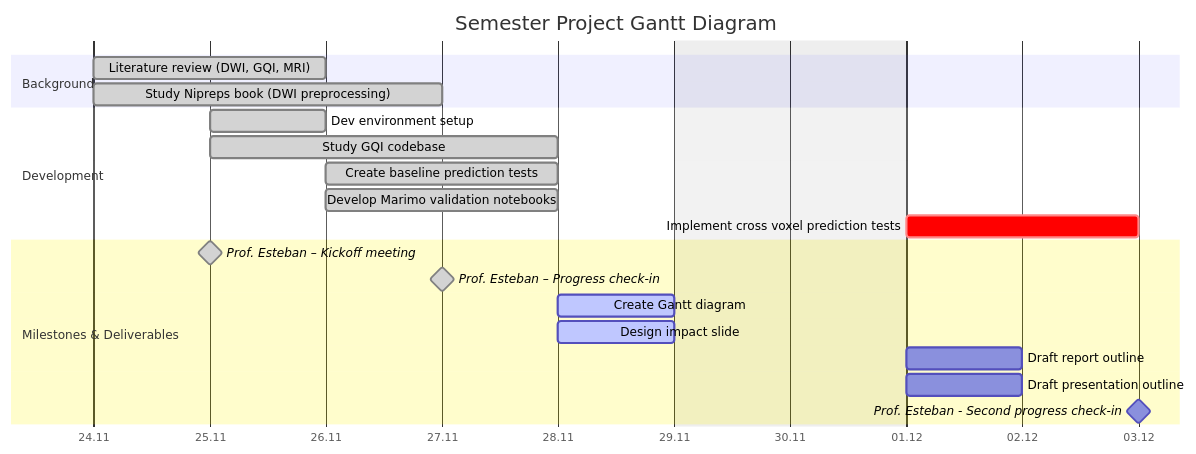
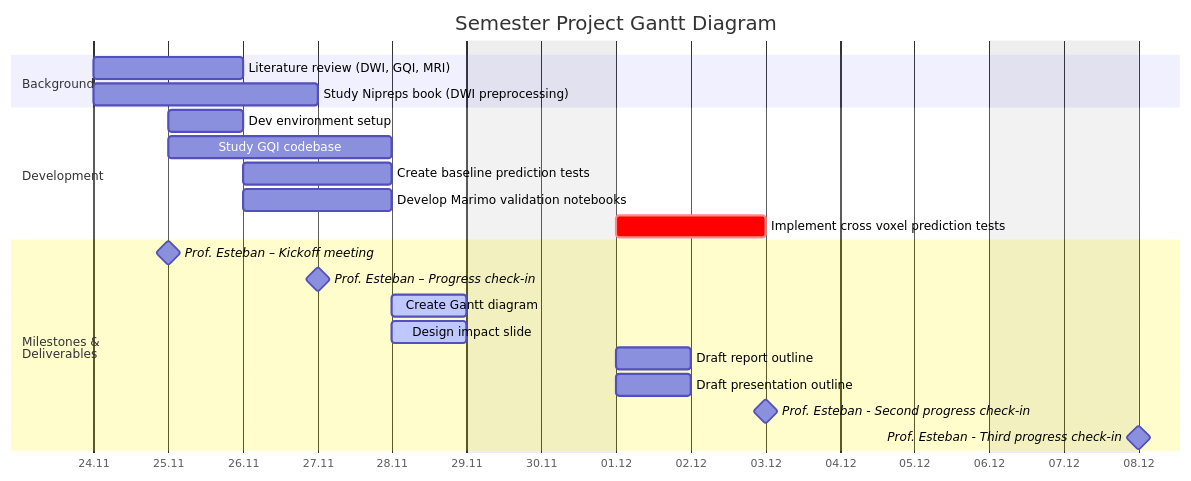
The diagram in README.md (MadeInShineA/303.1-semester-project), drawn with Mermaid before and after one commit.

Commit message:
Fixed gantt chart colors

````diff
--- a/README.md
+++ b/README.md
@@ -7,30 +7,33 @@
 ```mermaid
 gantt
+
     title Semester Project Gantt Diagram
     dateFormat DD.MM.YYYY
     axisFormat %d.%m
     excludes weekends
 
     section Background
-        Literature review (DWI, GQI, MRI)       :done,    research,       24.11.2025, 2d
-        Study Nipreps book (DWI preprocessing)  :done,    nipreps,        24.11.2025, 3d
+        Literature review (DWI, GQI, MRI)       :         research,       24.11.2025, 2d
+        Study Nipreps book (DWI preprocessing)  :         nipreps,        24.11.2025, 3d
 
     section Development
-        Dev environment setup                   :done,    devenv,         25.11.2025, 1d
-        Study GQI codebase                      :done,    codebase,       25.11.2025, 3d
-        Create baseline prediction tests        :done,    simple_tests,   26.11.2025, 2d
-        Develop Marimo validation notebooks     :done,    notebooks,      26.11.2025, 2d
-        Implement cross voxel prediction tests  :crit,    cross_tests,     01.12.2025, 2d
+        Dev environment setup                   :         devenv,         25.11.2025, 1d
+        Study GQI codebase                      :         codebase,       25.11.2025, 3d
+        Create baseline prediction tests        :         simple_tests,   26.11.2025, 2d
+        Develop Marimo validation notebooks     :         notebooks,      26.11.2025, 2d
+        Implement cross voxel prediction tests  :crit,    cross_tests,    01.12.2025, 2d
         
 
-    section Milestones & Deliverables
-        Prof. Esteban – Kickoff meeting         :done,    milestone,      25.11.2025, 0d
-        Prof. Esteban – Progress check-in       :done,    milestone,      27.11.2025, 0d
+    section Milestones & <br>Deliverables
+        Prof. Esteban – Kickoff meeting         :         milestone,      25.11.2025, 0d
+        Prof. Esteban – Progress check-in       :         milestone,      27.11.2025, 0d
         Create Gantt diagram                    :active,  gantt,          28.11.2025, 1d
         Design impact slide                     :active,  impact,         28.11.2025, 1d
         Draft report outline                    :         r_draft,        01.12.2025, 1d
         Draft presentation outline              :         p_draft,        01.12.2025, 1d 
         Prof. Esteban - Second progress check-in:         milestone,      03.12.2025, 0d
-  
+        Prof. Esteban - Third progress check-in :         milestone,      08.12.2025, 0d
+
+
 
 ```
````
